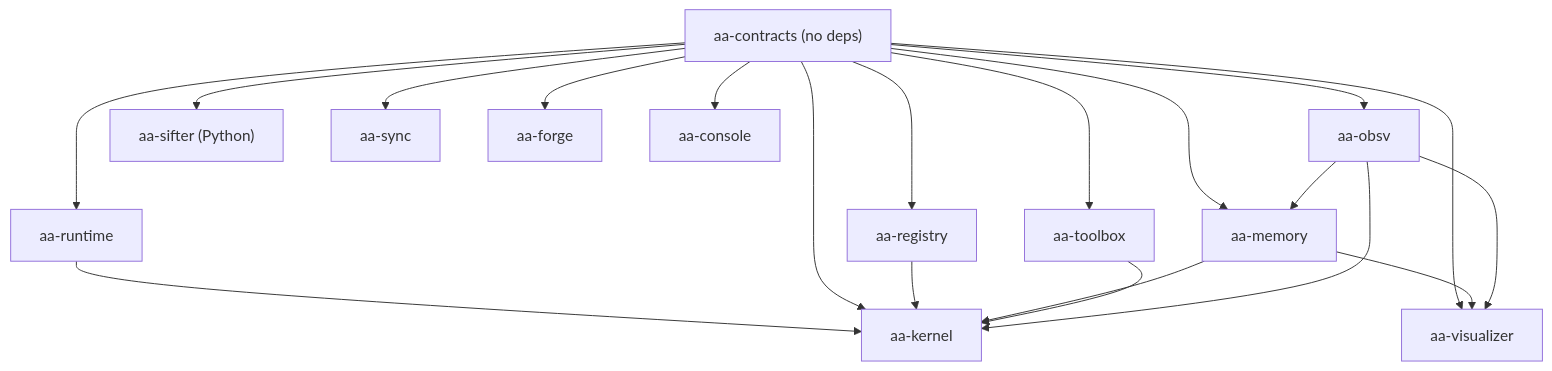
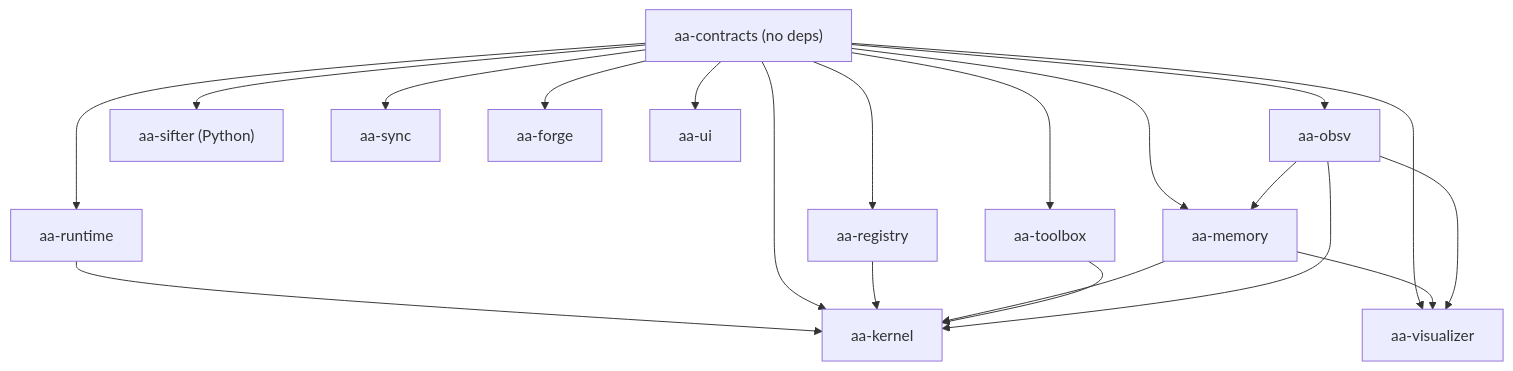
Before and after one commit to greadee/aa: the third of 6 diagrams in docs/architecture/README.md, drawn with Mermaid. The commit also changed other lines of this file and 45 other files, not shown here.

````diff
--- a/docs/architecture/README.md
+++ b/docs/architecture/README.md
@@ -188,35 +188,35 @@
 ```mermaid
 flowchart TD
     contracts["aa-contracts (no deps)"]
     registry["aa-registry"]
     obsv["aa-obsv"]
     memory["aa-memory"]
     sifter["aa-sifter (Python)"]
     sync["aa-sync"]
     toolbox["aa-toolbox"]
     forge["aa-forge"]
     runtime["aa-runtime"]
     kernel["aa-kernel"]
     visualizer["aa-visualizer"]
-    console["aa-console"]
+    ui["aa-ui"]
 
     contracts --> registry
     contracts --> runtime
     runtime --> kernel
     contracts --> obsv
     contracts --> memory
     contracts --> sifter
     contracts --> sync
     contracts --> toolbox
     contracts --> forge
     contracts --> kernel
     contracts --> visualizer
-    contracts --> console
+    contracts --> ui
     registry --> kernel
     obsv --> memory
     memory --> kernel
     toolbox --> kernel
     obsv --> kernel
     memory --> visualizer
     obsv --> visualizer
 ```
````
